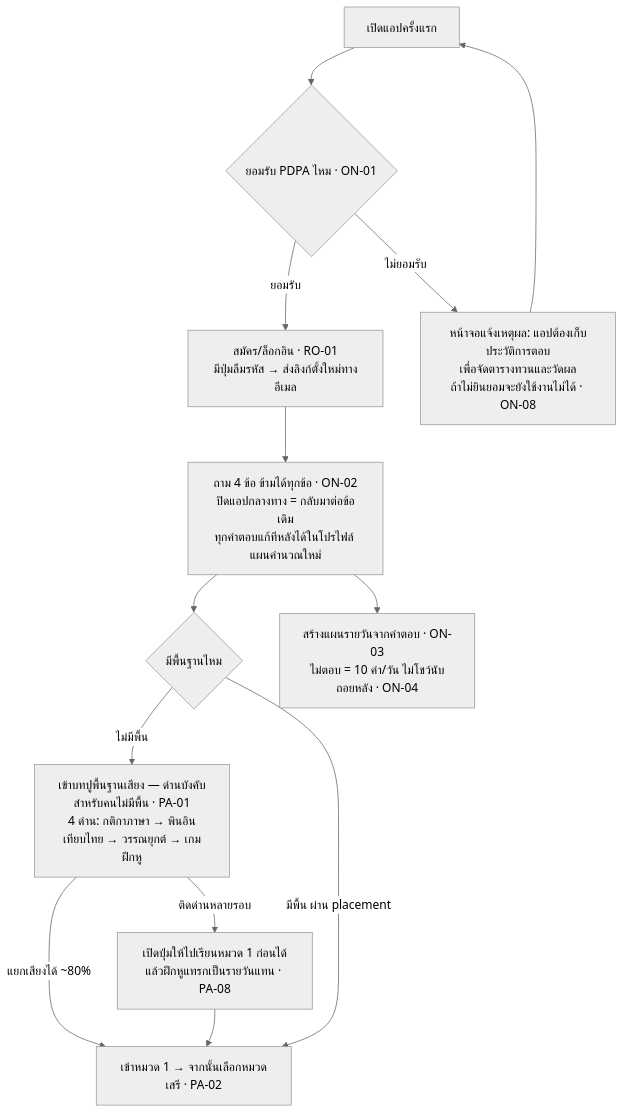
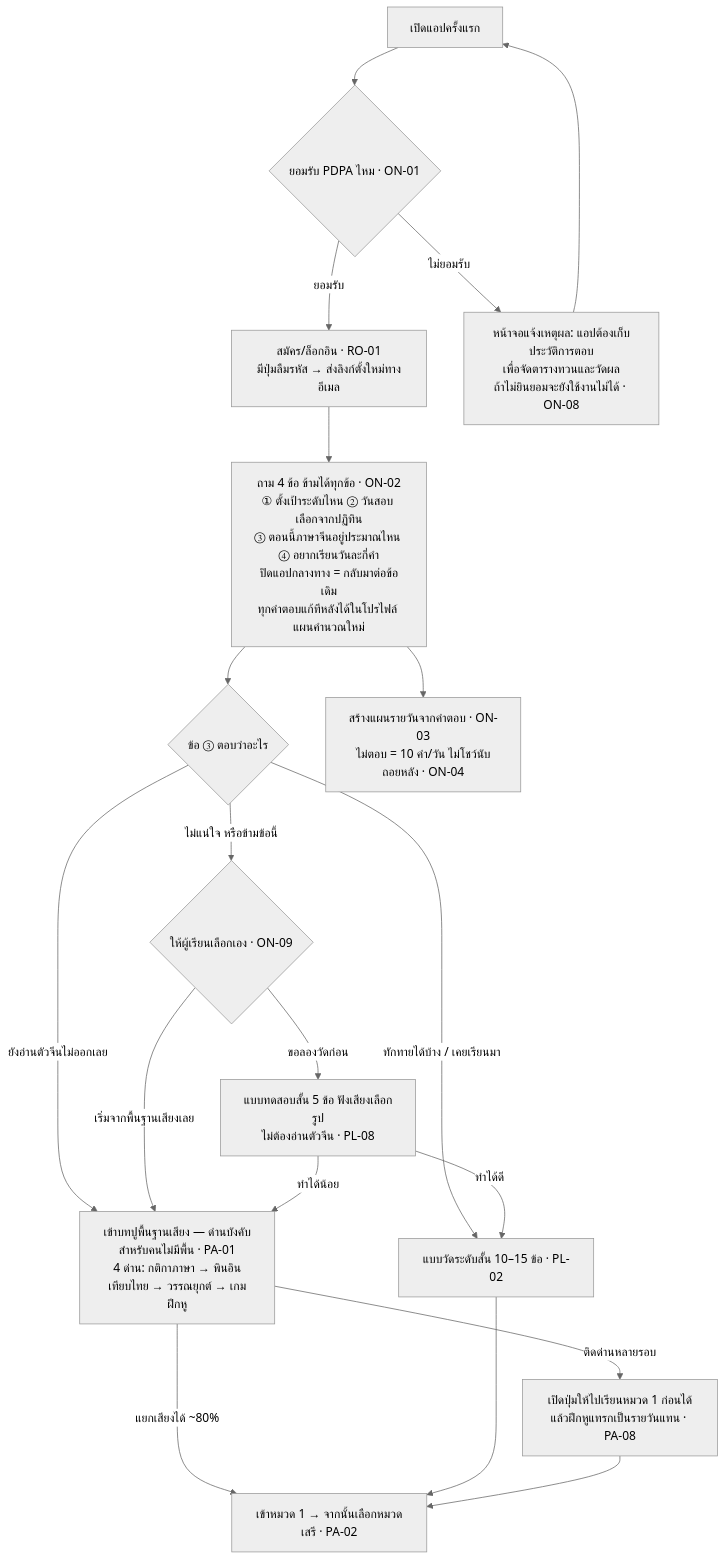
The first of 6 diagrams in docs/08_สเปค-พัฒนา/โฟลว์ผู้ใช้-สิทธิ์แอดมิน.md (barbon441/Intelligent-Chinese-Tutoring-System-for-Thai-Learners), drawn with Mermaid (neutral theme) before and after one commit. The commit also changed other lines of this file and 2 other files, not shown here.

Commit message:
Onboarding questions reworked (team decision, Aug 6): ON-02 rewritten + new ON-09
The professor's original 4 questions were a rough sketch; two of them did not
survive contact with the system:
- "how many minutes per day" had no formula behind it and duplicated ON-06
  (words/day 5/10/15/20), which is what the plan actually runs on -> dropped
- "do you have a background?" is unanswerable for a true beginner -> replaced
  with a question about what they can actually do (read hanzi? greet/count?)

Final set (all skippable): (1) target level (2) exam date picked from a
calendar, not "days left" (3) where your Chinese is now (4) words per day.
Every answer shows its consequence live (10 words/day -> 300 words in ~30 days).

ON-09 (new): answering "not sure" or skipping Q3 does not let the system guess.
It offers two buttons - take a 5-item listen-and-pick-picture check (PL-08, no
hanzi reading required) or start from the sound basics. Cut-off score for that
check is still open (added as question 7 in the flow doc).

Also: PL-01 wording aligned to ON-02 Q3, ON-06 tied to Q4, flow diagram 3.1
updated with the "not sure" branch, vault daily note recorded.

@

````diff
--- a/docs/08_สเปค-พัฒนา/โฟลว์ผู้ใช้-สิทธิ์แอดมิน.md
+++ b/docs/08_สเปค-พัฒนา/โฟลว์ผู้ใช้-สิทธิ์แอดมิน.md
@@ -44,15 +44,21 @@
 ```mermaid
 flowchart TD
     A[เปิดแอปครั้งแรก] --> B{ยอมรับ PDPA ไหม · ON-01}
     B -- ยอมรับ --> C[สมัคร/ล็อกอิน · RO-01<br/>มีปุ่มลืมรหัส → ส่งลิงก์ตั้งใหม่ทางอีเมล]
     B -- ไม่ยอมรับ --> B2[หน้าจอแจ้งเหตุผล: แอปต้องเก็บประวัติการตอบ<br/>เพื่อจัดตารางทวนและวัดผล<br/>ถ้าไม่ยินยอมจะยังใช้งานไม่ได้ · ON-08]
     B2 --> A
-    C --> D[ถาม 4 ข้อ ข้ามได้ทุกข้อ · ON-02<br/>ปิดแอปกลางทาง = กลับมาต่อข้อเดิม<br/>ทุกคำตอบแก้ทีหลังได้ในโปรไฟล์ แผนคำนวณใหม่]
-    D --> E{มีพื้นฐานไหม}
-    E -- ไม่มีพื้น --> F[เข้าบทปูพื้นฐานเสียง — ด่านบังคับสำหรับคนไม่มีพื้น · PA-01<br/>4 ด่าน: กติกาภาษา → พินอินเทียบไทย → วรรณยุกต์ → เกมฝึกหู]
+    C --> D[ถาม 4 ข้อ ข้ามได้ทุกข้อ · ON-02<br/>① ตั้งเป้าระดับไหน ② วันสอบ เลือกจากปฏิทิน<br/>③ ตอนนี้ภาษาจีนอยู่ประมาณไหน ④ อยากเรียนวันละกี่คำ<br/>ปิดแอปกลางทาง = กลับมาต่อข้อเดิม<br/>ทุกคำตอบแก้ทีหลังได้ในโปรไฟล์ แผนคำนวณใหม่]
+    D --> E{ข้อ ③ ตอบว่าอะไร}
+    E -- ยังอ่านตัวจีนไม่ออกเลย --> F[เข้าบทปูพื้นฐานเสียง — ด่านบังคับสำหรับคนไม่มีพื้น · PA-01<br/>4 ด่าน: กติกาภาษา → พินอินเทียบไทย → วรรณยุกต์ → เกมฝึกหู]
+    E -- ทักทายได้บ้าง / เคยเรียนมา --> P[แบบวัดระดับสั้น 10–15 ข้อ · PL-02]
+    E -- ไม่แน่ใจ หรือข้ามข้อนี้ --> N{ให้ผู้เรียนเลือกเอง · ON-09}
+    N -- ขอลองวัดก่อน --> M[แบบทดสอบสั้น 5 ข้อ ฟังเสียงเลือกรูป<br/>ไม่ต้องอ่านตัวจีน · PL-08]
+    N -- เริ่มจากพื้นฐานเสียงเลย --> F
+    M -- ทำได้น้อย --> F
+    M -- ทำได้ดี --> P
     F -- แยกเสียงได้ ~80% --> G[เข้าหมวด 1 → จากนั้นเลือกหมวดเสรี · PA-02]
     F -- ติดด่านหลายรอบ --> H[เปิดปุ่มให้ไปเรียนหมวด 1 ก่อนได้<br/>แล้วฝึกหูแทรกเป็นรายวันแทน · PA-08]
-    E -- มีพื้น ผ่าน placement --> G
+    P --> G
     H --> G
     D --> I[สร้างแผนรายวันจากคำตอบ · ON-03<br/>ไม่ตอบ = 10 คำ/วัน ไม่โชว์นับถอยหลัง · ON-04]
 ```
````
